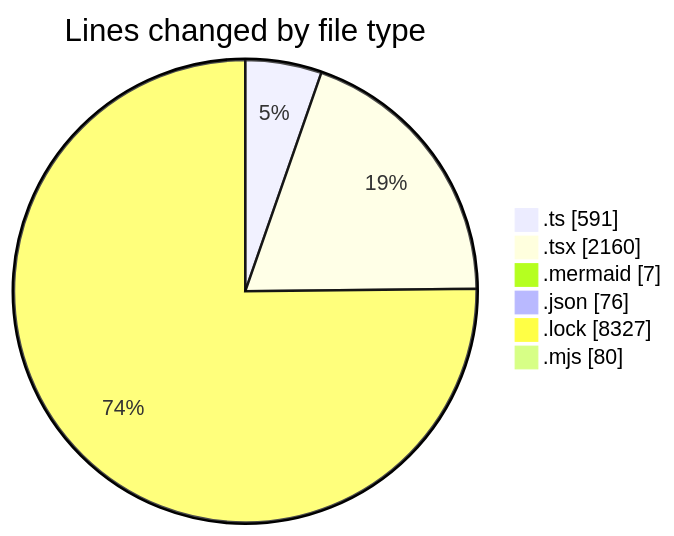
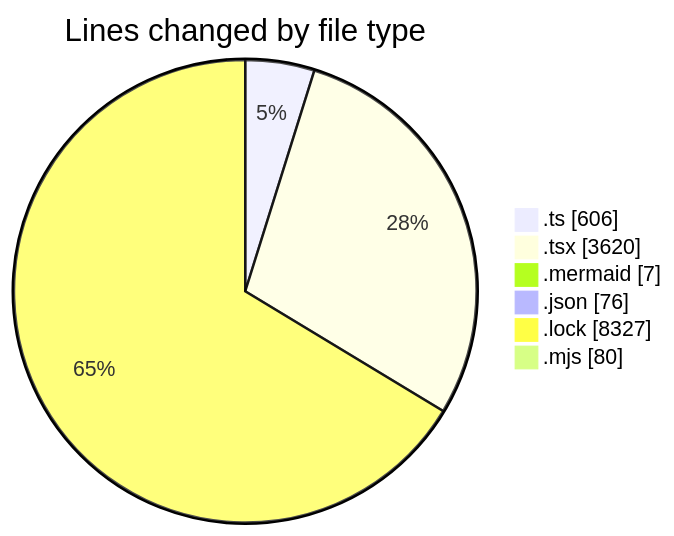
One commit to momahboobian/code-tracking changed the first of 2 diagrams in 2026-09-08/cda/README.md. Above: the diagram before and after it, drawn with Mermaid. The commit also changed other lines of this file and 1 other file, not shown here.

````diff
--- a/2026-09-08/cda/README.md
+++ b/2026-09-08/cda/README.md
@@ -48,10 +48,10 @@
 ```mermaid
 pie showData
 title Lines changed by file type
-".ts" : 591
-".tsx" : 2160
+".ts" : 606
+".tsx" : 3620
 ".mermaid" : 7
 ".json" : 76
 ".lock" : 8327
 ".mjs" : 80
 ```
````
